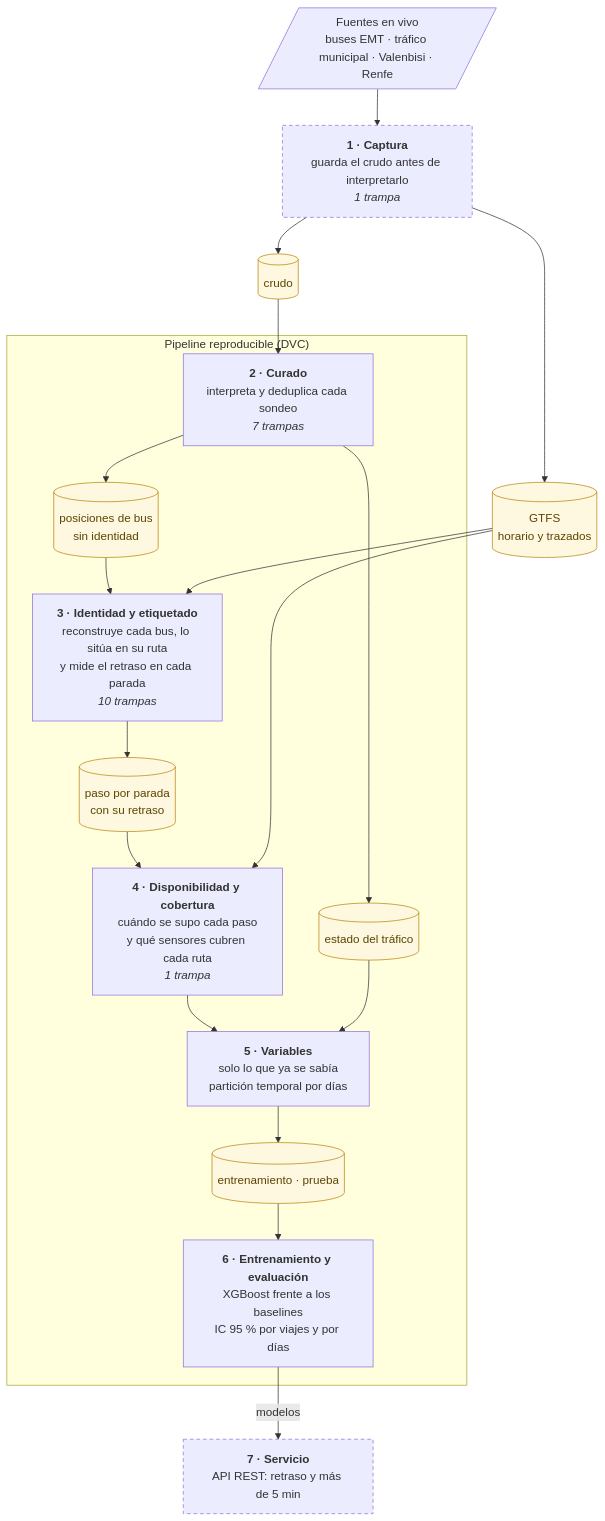
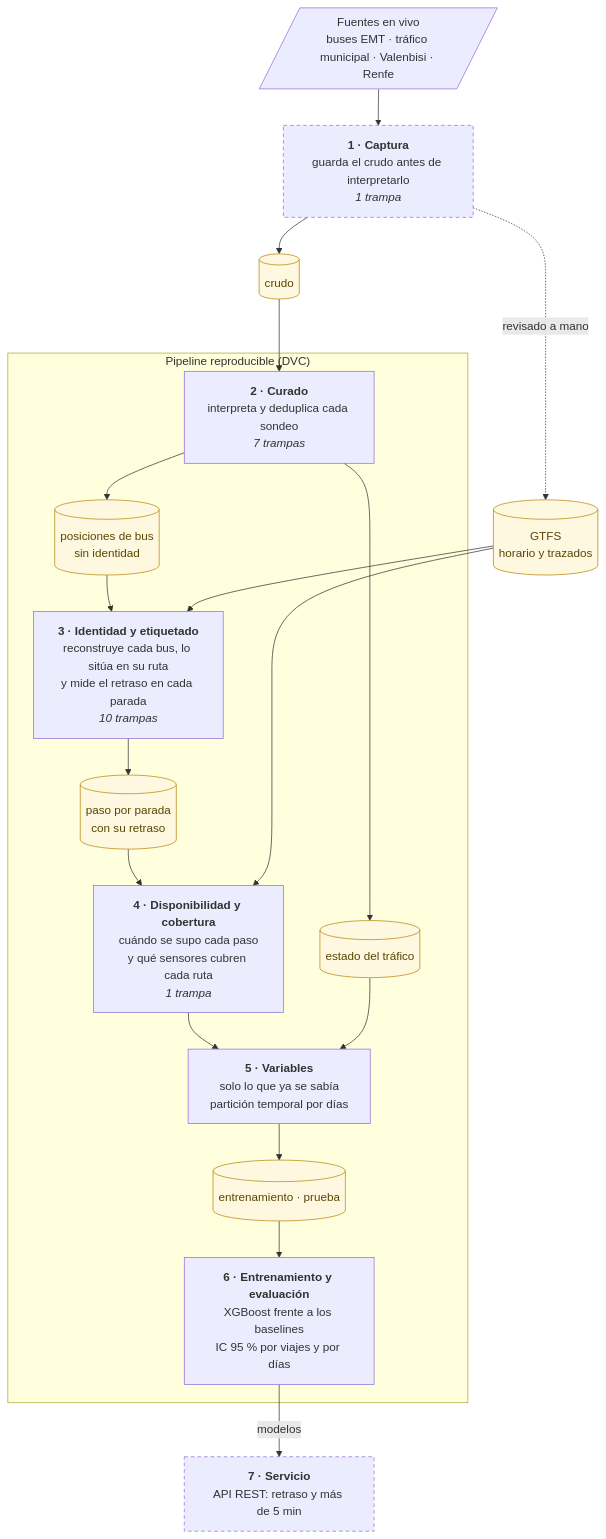
The diagram in docs/12_flujo_memoria.mmd (Oppen-OC/TFM), drawn with Mermaid before and after one commit. The commit also changed 2 other files, not shown here.

Commit message:
docs(flujo): el GTFS del colector no es el que lee el pipeline; explicar en el mapa
El colector guarda cada versión del feed en data/raw/source=gtfs_emt/, no en
data/raw/gtfs/: esa carpeta se rellena a mano tras revisar la versión
(sources.guardar_gtfs, bitácora 042, ADR-014). La ficha de captura y la
figura decían lo contrario; la arista captura -> gtfs pasa a punteada,
«revisado a mano».

La ficha de modelos, la del servicio y la cabecera de dvc.yaml nombran ya
explicar/explicar_h, explicacion.json, figuras/shap/ y ?explicar=true.
Solo comentarios en dvc.yaml: dvc status no cambia.

````diff
--- a/docs/12_flujo_memoria.mmd
+++ b/docs/12_flujo_memoria.mmd
@@ -1,43 +1,43 @@
 %% Flujo de datos del TFM para la memoria. Nombres de tesis, sin rutas ni tests:
 %% el detalle por función y test está en docs/12_flujo_de_datos.html.
 %% En Quarto:
 %%   ```{mermaid}
 %%   %%| file: 12_flujo_memoria.mmd
 %%   %%| fig-cap: "Flujo de datos, de la captura al servicio, con las trampas que protege cada etapa."
 %%   ```
 flowchart TD
     fuentes[/"Fuentes en vivo<br/>buses EMT · tráfico municipal · Valenbisi · Renfe"/]
 
     captura["<b>1 · Captura</b><br/>guarda el crudo antes de interpretarlo<br/><i>1 trampa</i>"]:::fuera
     crudo[("crudo")]:::dato
     gtfs[("GTFS<br/>horario y trazados")]:::dato
 
     subgraph dvc["Pipeline reproducible (DVC)"]
         curado["<b>2 · Curado</b><br/>interpreta y deduplica cada sondeo<br/><i>7 trampas</i>"]
         buses[("posiciones de bus<br/>sin identidad")]:::dato
         trafico[("estado del tráfico")]:::dato
         etiquetado["<b>3 · Identidad y etiquetado</b><br/>reconstruye cada bus, lo sitúa en su ruta<br/>y mide el retraso en cada parada<br/><i>10 trampas</i>"]
         pasos[("paso por parada<br/>con su retraso")]:::dato
         disponibilidad["<b>4 · Disponibilidad y cobertura</b><br/>cuándo se supo cada paso<br/>y qué sensores cubren cada ruta<br/><i>1 trampa</i>"]
         variables["<b>5 · Variables</b><br/>solo lo que ya se sabía<br/>partición temporal por días"]
         tablas[("entrenamiento · prueba")]:::dato
         modelos["<b>6 · Entrenamiento y evaluación</b><br/>XGBoost frente a los baselines<br/>IC 95 % por viajes y por días"]
     end
 
     servicio["<b>7 · Servicio</b><br/>API REST: retraso y más de 5 min"]:::fuera
 
     fuentes --> captura
     captura --> crudo --> curado
-    captura --> gtfs
+    captura -.->|revisado a mano| gtfs
     curado --> buses --> etiquetado
     curado --> trafico
     gtfs --> etiquetado
     etiquetado --> pasos --> disponibilidad
     gtfs --> disponibilidad
     disponibilidad --> variables
     trafico --> variables
     variables --> tablas --> modelos
     modelos -- modelos --> servicio
 
     classDef dato fill:#fff8e1,stroke:#b8860b,color:#5a4500
     classDef fuera stroke-dasharray:5 4
````
